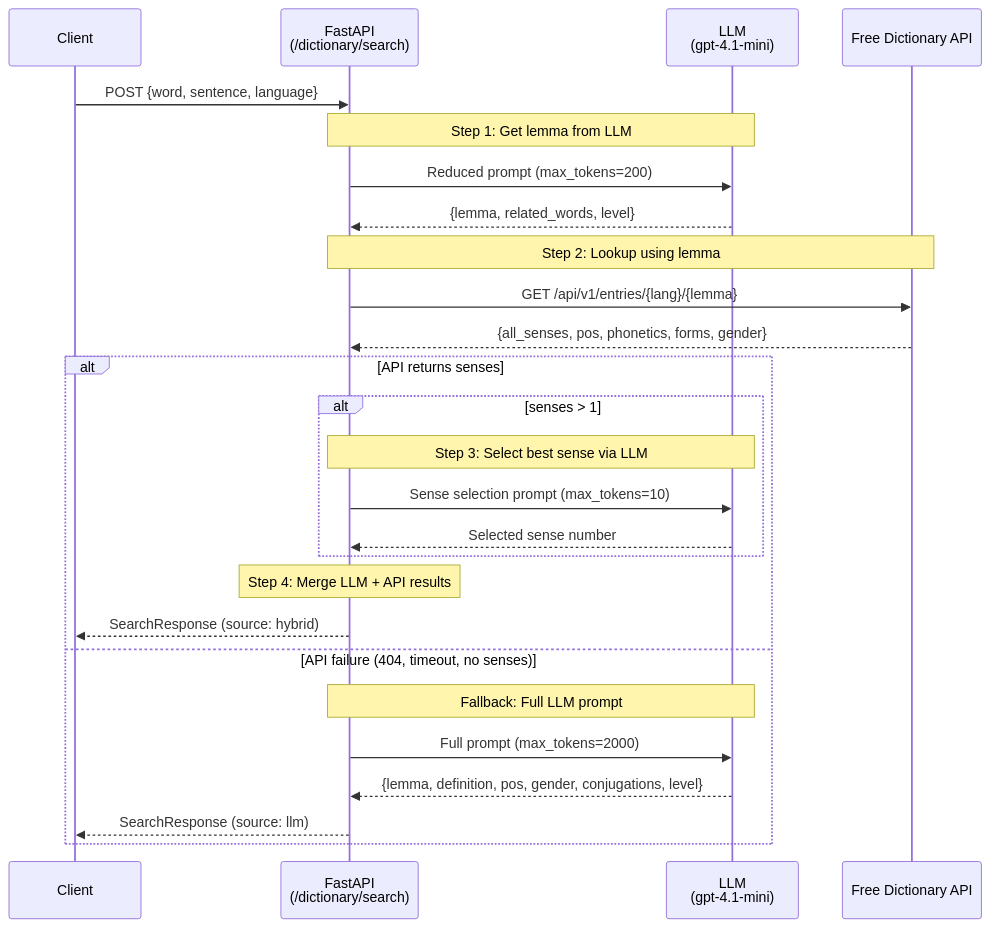
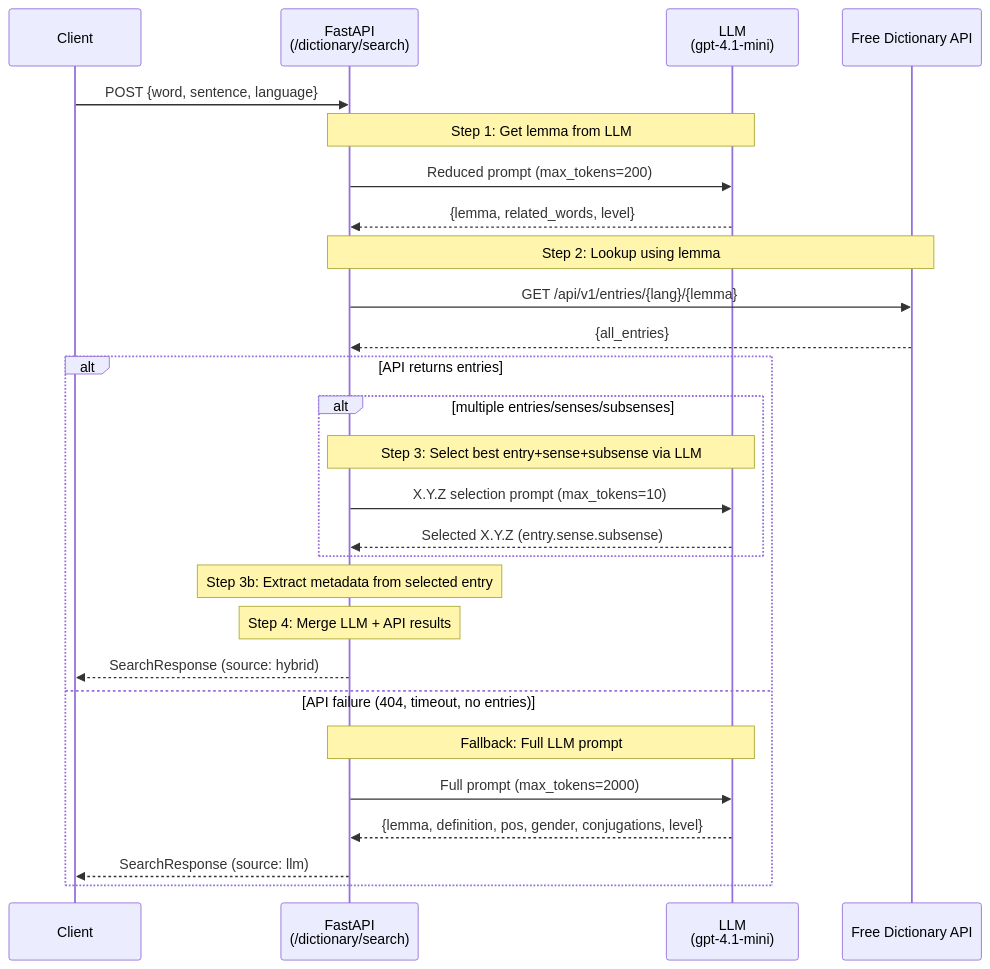
Before and after one commit to seung-gu/opad: the sixth of 6 diagrams in docs/ARCHITECTURE.md, drawn with Mermaid. The commit also changed other lines of this file and 14 other files, not shown here.

````diff
--- a/docs/ARCHITECTURE.md
+++ b/docs/ARCHITECTURE.md
@@ -1122,32 +1124,33 @@
 ```mermaid
 sequenceDiagram
     participant Client
     participant API as FastAPI<br/>(/dictionary/search)
     participant LLM as LLM<br/>(gpt-4.1-mini)
     participant FreeDict as Free Dictionary API
 
     Client->>API: POST {word, sentence, language}
 
     Note over API,LLM: Step 1: Get lemma from LLM
     API->>LLM: Reduced prompt (max_tokens=200)
     LLM-->>API: {lemma, related_words, level}
 
     Note over API,FreeDict: Step 2: Lookup using lemma
     API->>FreeDict: GET /api/v1/entries/{lang}/{lemma}
-    FreeDict-->>API: {all_senses, pos, phonetics, forms, gender}
+    FreeDict-->>API: {all_entries}
 
-    alt API returns senses
-        alt senses > 1
-            Note over API,LLM: Step 3: Select best sense via LLM
-            API->>LLM: Sense selection prompt (max_tokens=10)
-            LLM-->>API: Selected sense number
+    alt API returns entries
+        alt multiple entries/senses/subsenses
+            Note over API,LLM: Step 3: Select best entry+sense+subsense via LLM
+            API->>LLM: X.Y.Z selection prompt (max_tokens=10)
+            LLM-->>API: Selected X.Y.Z (entry.sense.subsense)
         end
+        Note over API: Step 3b: Extract metadata from selected entry
         Note over API: Step 4: Merge LLM + API results
         API-->>Client: SearchResponse (source: hybrid)
-    else API failure (404, timeout, no senses)
+    else API failure (404, timeout, no entries)
         Note over API,LLM: Fallback: Full LLM prompt
         API->>LLM: Full prompt (max_tokens=2000)
         LLM-->>API: {lemma, definition, pos, gender, conjugations, level}
         API-->>Client: SearchResponse (source: llm)
     end
 ```
````
